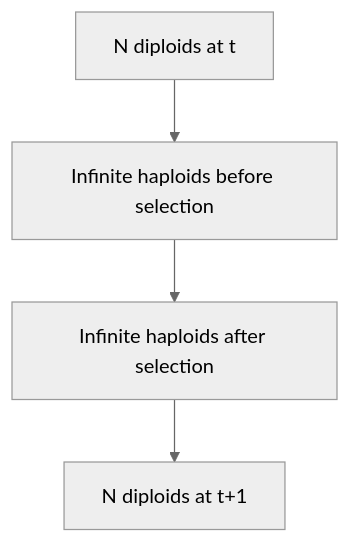
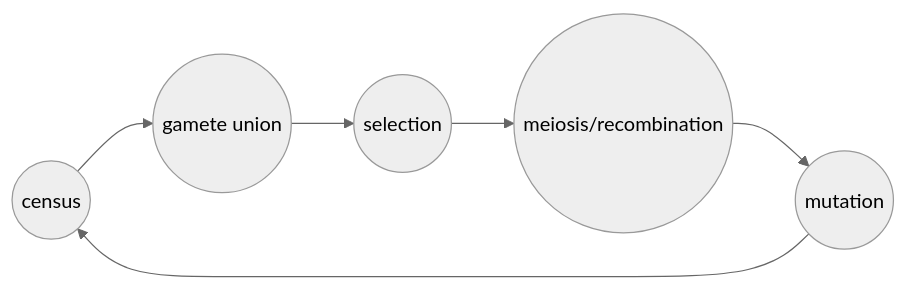
One commit to osmond-lab/eeb314 changed the diagram in docs/lectures/lecture-19.md. Above: the diagram before and after it, drawn with Mermaid (neutral theme). The commit also changed other lines of this file and 70 other files, not shown here.

````diff
--- a/docs/lectures/lecture-19.md
+++ b/docs/lectures/lecture-19.md
@@ -306,6 +65,8 @@
 ```mermaid
-graph TD
-    A[N diploids at t] --> B[Infinite haploids before selection];
-    B --> C[Infinite haploids after selection];
-    C --> D[N diploids at t+1];
+graph LR;
+    A((census)) --> B((gamete union));
+    B --> C((selection));
+    C --> D((meiosis/recombination));    
+    D --> E((mutation));
+    E --> A
 ```   
````
